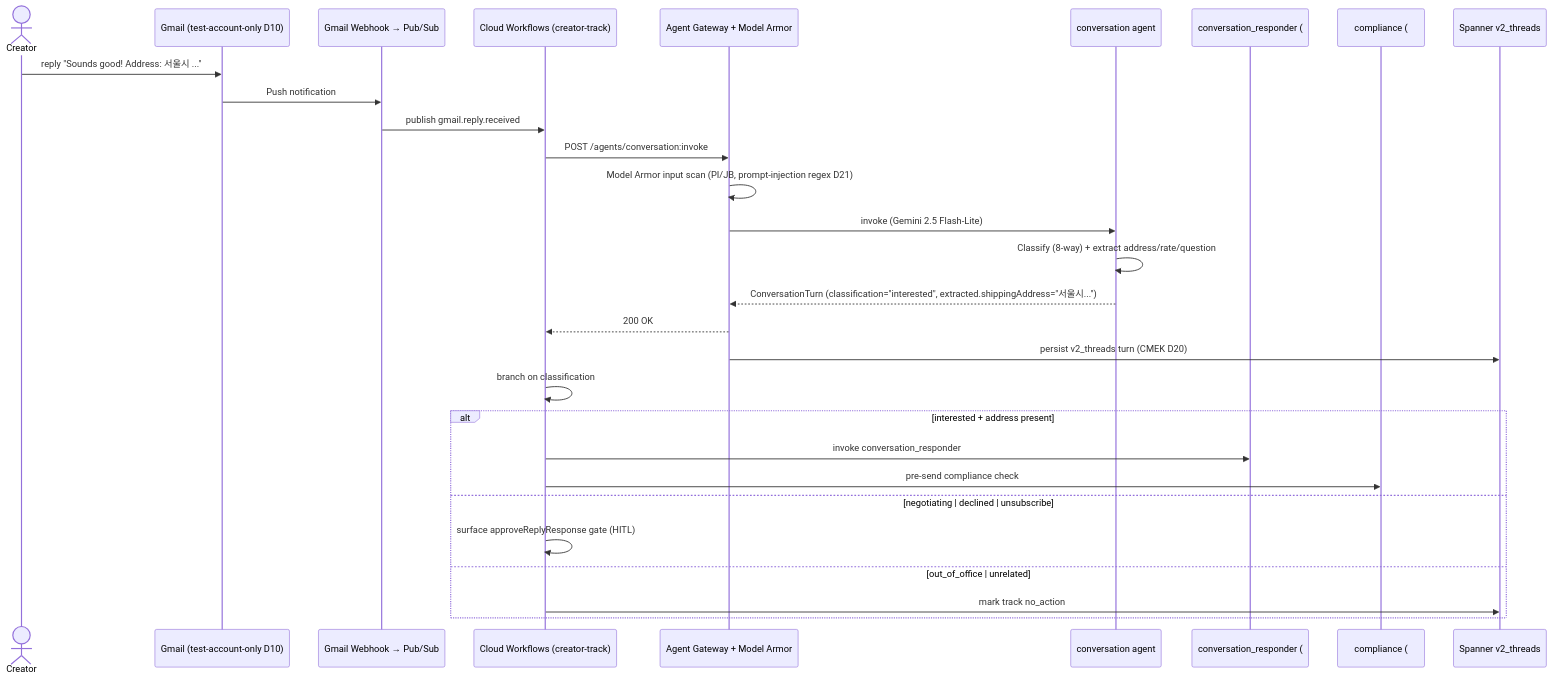
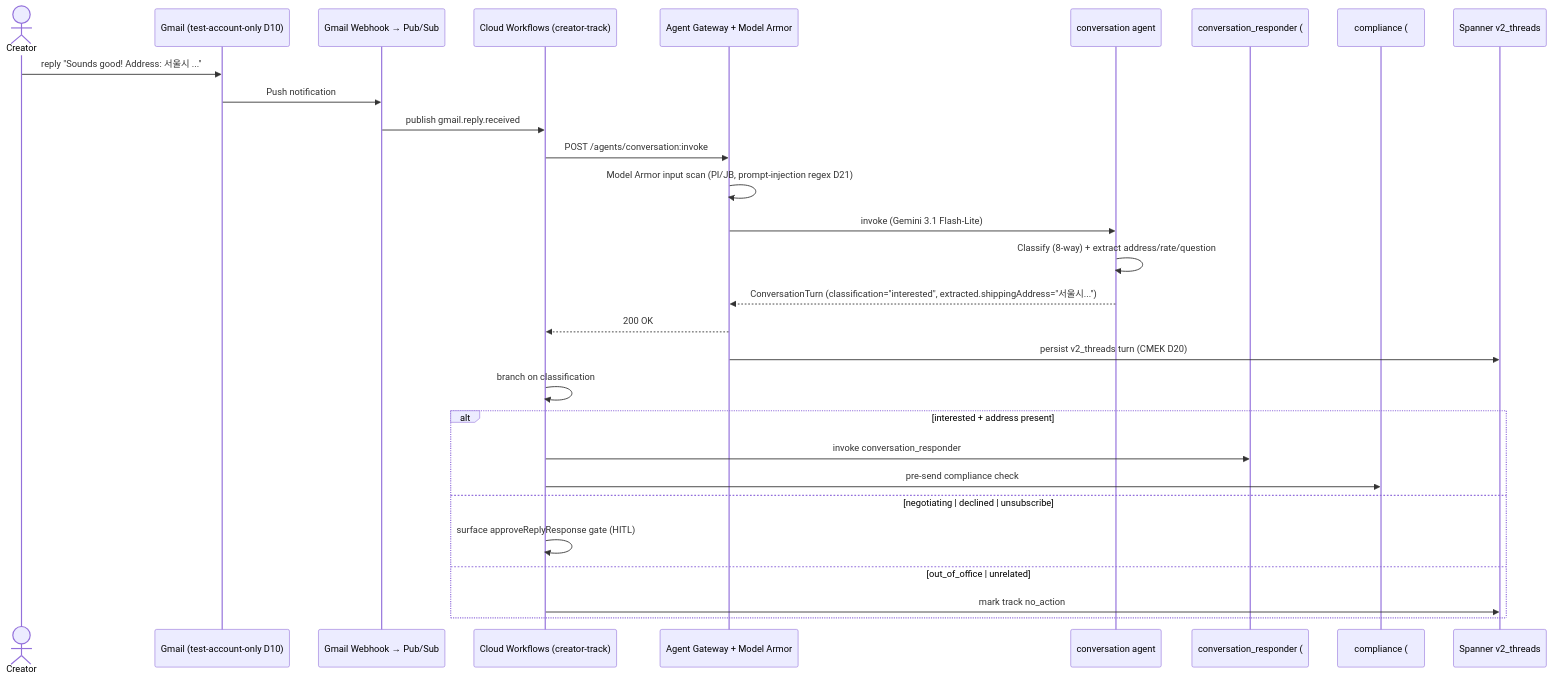
One commit to Two-Weeks-Team/social-seeding-v2-public changed the diagram in gcp-research/specs/tier1/conversation.spec.md. Above: the diagram before and after it, drawn with Mermaid. The commit also changed other lines of this file and 30 other files, not shown here.

````diff
--- a/gcp-research/specs/tier1/conversation.spec.md
+++ b/gcp-research/specs/tier1/conversation.spec.md
@@ -172,32 +172,32 @@
 ```mermaid
 sequenceDiagram
   actor Creator
   participant GM as Gmail (test-account-only D10)
   participant WH as Gmail Webhook → Pub/Sub
   participant WF as Cloud Workflows (creator-track)
   participant AG as Agent Gateway + Model Armor
   participant CV as conversation agent
   participant CR as conversation_responder (#5)
   participant CP as compliance (#13)
   participant SP as Spanner v2_threads
 
   Creator->>GM: reply "Sounds good! Address: 서울시 ..."
   GM->>WH: Push notification
   WH->>WF: publish gmail.reply.received
   WF->>AG: POST /agents/conversation:invoke
   AG->>AG: Model Armor input scan (PI/JB, prompt-injection regex D21)
-  AG->>CV: invoke (Gemini 2.5 Flash-Lite)
+  AG->>CV: invoke (Gemini 3.1 Flash-Lite)
   CV->>CV: Classify (8-way) + extract address/rate/question
   CV-->>AG: ConversationTurn (classification="interested", extracted.shippingAddress="서울시...")
   AG-->>WF: 200 OK
   AG->>SP: persist v2_threads turn (CMEK D20)
   WF->>WF: branch on classification
   alt interested + address present
     WF->>CR: invoke conversation_responder
     WF->>CP: pre-send compliance check
   else negotiating | declined | unsubscribe
     WF->>WF: surface approveReplyResponse gate (HITL)
   else out_of_office | unrelated
     WF->>SP: mark track no_action
   end
 ```
````
